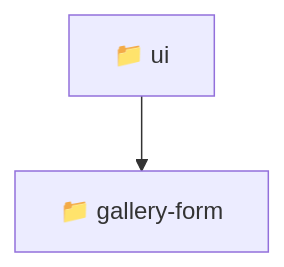
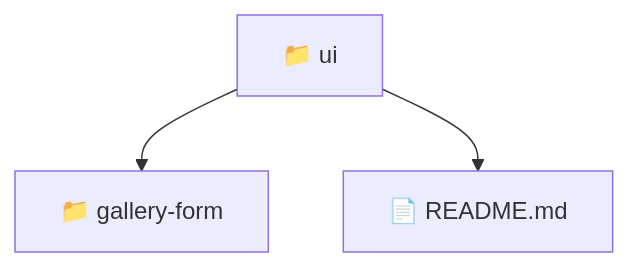
One commit to beginwebdev2002/fullstack-mavluda changed the diagram in frontend/src/pages/gallery/ui/README.md. Above: the diagram before and after it, drawn with Mermaid. The commit also changed other lines of this file and 158 other files, not shown here.

First line of the commit message:
chore: autogenerate luxury professional README.md files for full architectural transparency

````diff
--- a/frontend/src/pages/gallery/ui/README.md
+++ b/frontend/src/pages/gallery/ui/README.md
@@ -11,5 +11,6 @@
 ```mermaid
 graph TD
   Root["📁 ui"]
-  Root --> gallery-form["📁 gallery-form"]
+  Root --> gallery_form["📁 gallery-form"]
+  Root --> README_md["📄 README.md"]
 ```
````
